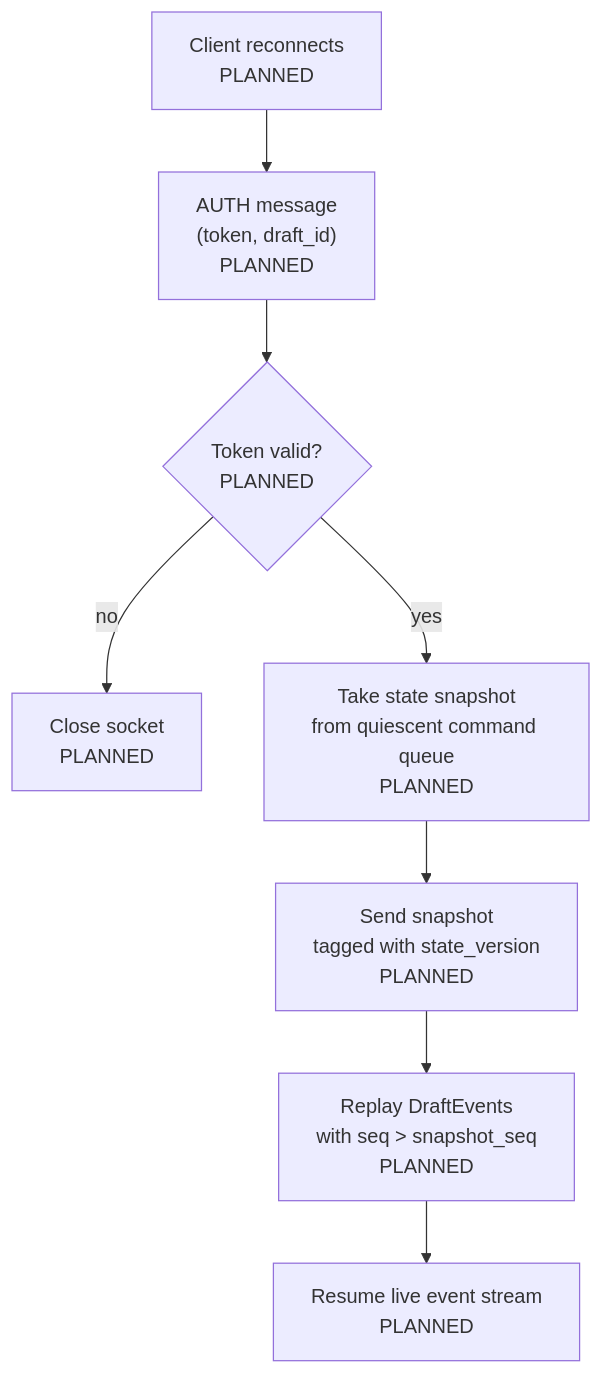
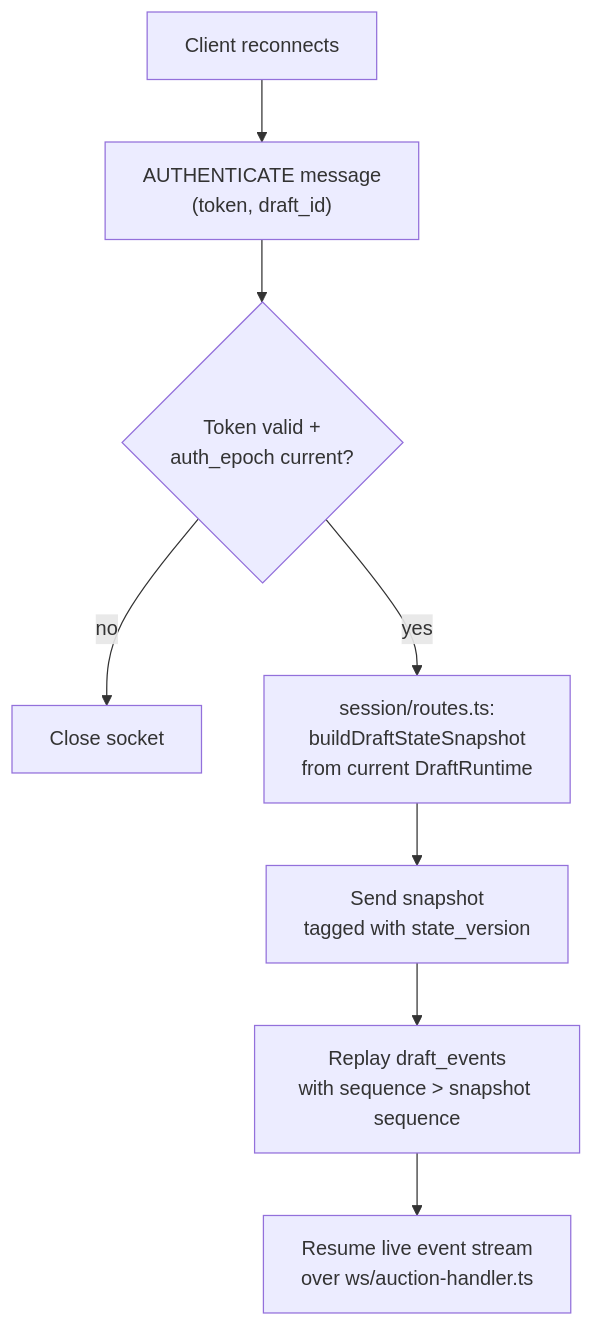
The third of 3 diagrams in .aah/codebase-intel/data-flow-diagram.md (maccorless/Draft), drawn with Mermaid before and after one commit. The commit also changed other lines of this file, not shown here.

Commit message:
chore: auto-commit AAH framework state files (session end)

````diff
--- a/.aah/codebase-intel/data-flow-diagram.md
+++ b/.aah/codebase-intel/data-flow-diagram.md
@@ -60,10 +66,10 @@
 ```mermaid
 flowchart TD
-    CONN["Client reconnects<br/>PLANNED"] --> HANDSHAKE["AUTH message<br/>(token, draft_id)<br/>PLANNED"]
-    HANDSHAKE --> AUTHCHECK{"Token valid?<br/>PLANNED"}
-    AUTHCHECK -->|"no"| CLOSE["Close socket<br/>PLANNED"]
-    AUTHCHECK -->|"yes"| SNAPSHOT["Take state snapshot<br/>from quiescent command queue<br/>PLANNED"]
-    SNAPSHOT --> SENDSNAPSHOT["Send snapshot<br/>tagged with state_version<br/>PLANNED"]
-    SENDSNAPSHOT --> REPLAY["Replay DraftEvents<br/>with seq > snapshot_seq<br/>PLANNED"]
-    REPLAY --> LIVE["Resume live event stream<br/>PLANNED"]
+    CONN["Client reconnects"] --> HANDSHAKE["AUTHENTICATE message<br/>(token, draft_id)"]
+    HANDSHAKE --> AUTHCHECK{"Token valid +<br/>auth_epoch current?"}
+    AUTHCHECK -->|"no"| CLOSE["Close socket"]
+    AUTHCHECK -->|"yes"| SNAPSHOT["session/routes.ts:<br/>buildDraftStateSnapshot<br/>from current DraftRuntime"]
+    SNAPSHOT --> SENDSNAPSHOT["Send snapshot<br/>tagged with state_version"]
+    SENDSNAPSHOT --> REPLAY["Replay draft_events<br/>with sequence > snapshot sequence"]
+    REPLAY --> LIVE["Resume live event stream<br/>over ws/auction-handler.ts"]
 ```
````
